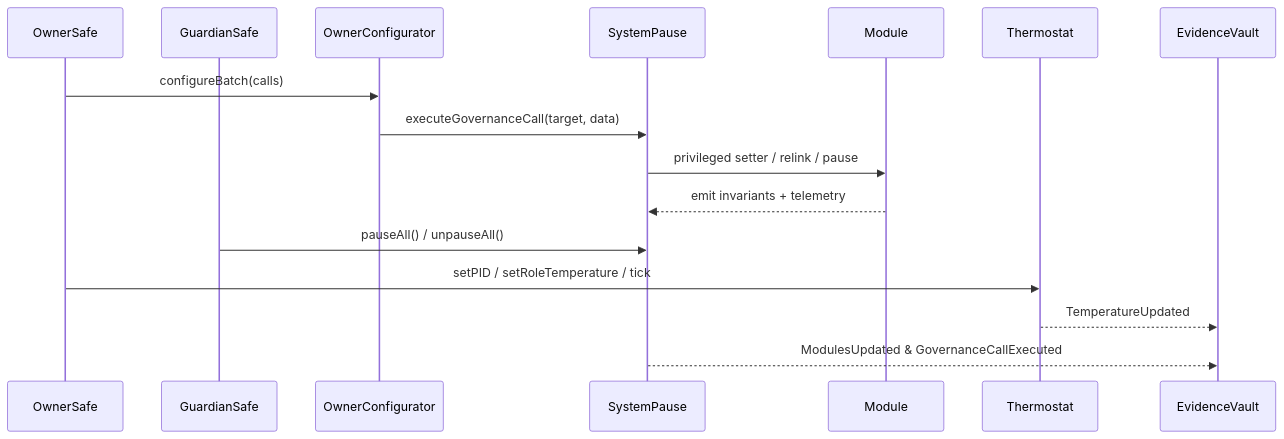
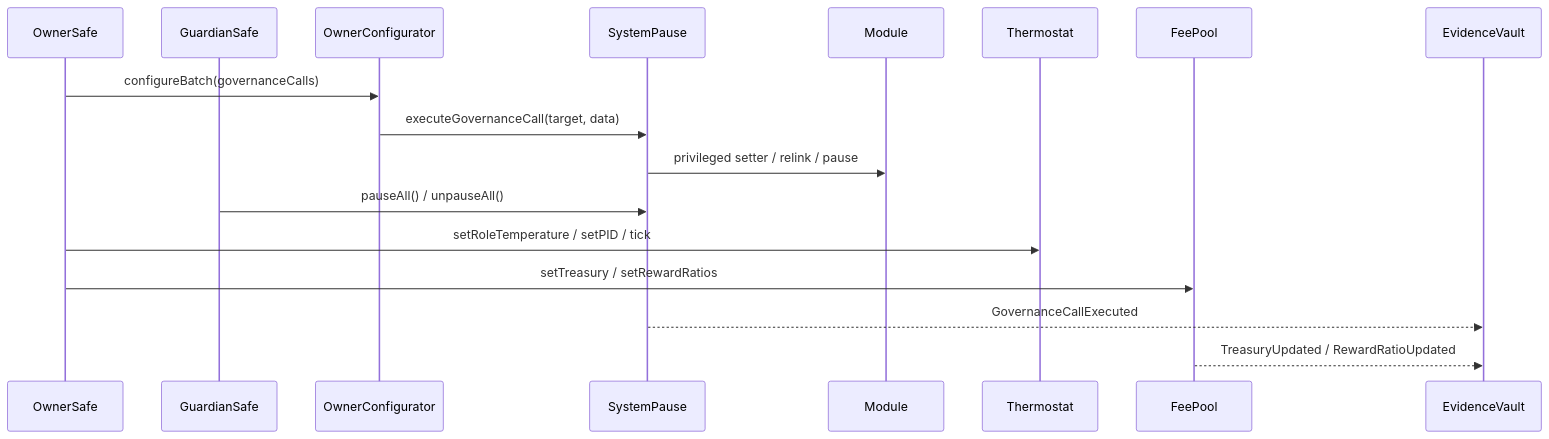
The second of 3 diagrams in docs/README.md (MontrealAI/agijobs-sovereign-labor-v0p1), drawn with Mermaid before and after one commit. The commit also changed other lines of this file and 1 other file, not shown here.

````diff
--- a/docs/README.md
+++ b/docs/README.md
@@ -110,18 +122,19 @@
 ```mermaid
 sequenceDiagram
     participant OwnerSafe
     participant GuardianSafe
     participant OwnerConfigurator
     participant SystemPause
     participant Module
     participant Thermostat
+    participant FeePool
     participant EvidenceVault
-    OwnerSafe->>OwnerConfigurator: configureBatch(calls)
+    OwnerSafe->>OwnerConfigurator: configureBatch(governanceCalls)
     OwnerConfigurator->>SystemPause: executeGovernanceCall(target, data)
     SystemPause->>Module: privileged setter / relink / pause
-    Module-->>SystemPause: emit invariants + telemetry
     GuardianSafe->>SystemPause: pauseAll() / unpauseAll()
-    OwnerSafe->>Thermostat: setPID / setRoleTemperature / tick
-    Thermostat-->>EvidenceVault: TemperatureUpdated
-    SystemPause-->>EvidenceVault: ModulesUpdated & GovernanceCallExecuted
+    OwnerSafe->>Thermostat: setRoleTemperature / setPID / tick
+    OwnerSafe->>FeePool: setTreasury / setRewardRatios
+    SystemPause-->>EvidenceVault: GovernanceCallExecuted
+    FeePool-->>EvidenceVault: TreasuryUpdated / RewardRatioUpdated
 ```
````
